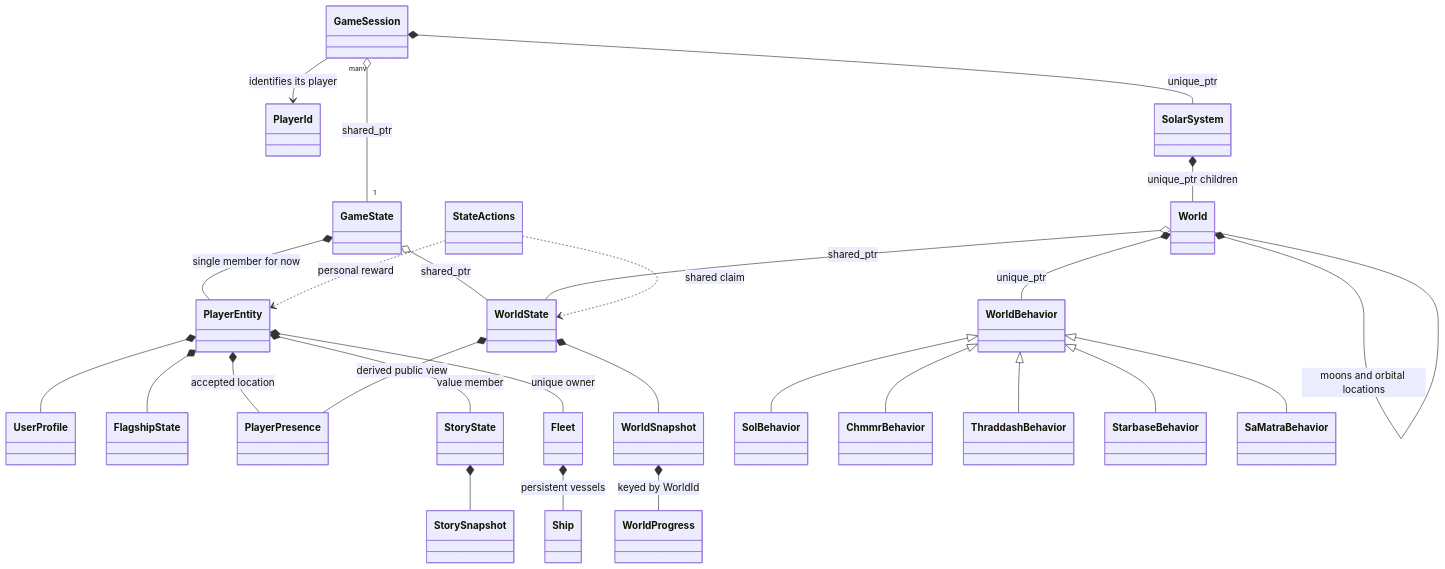
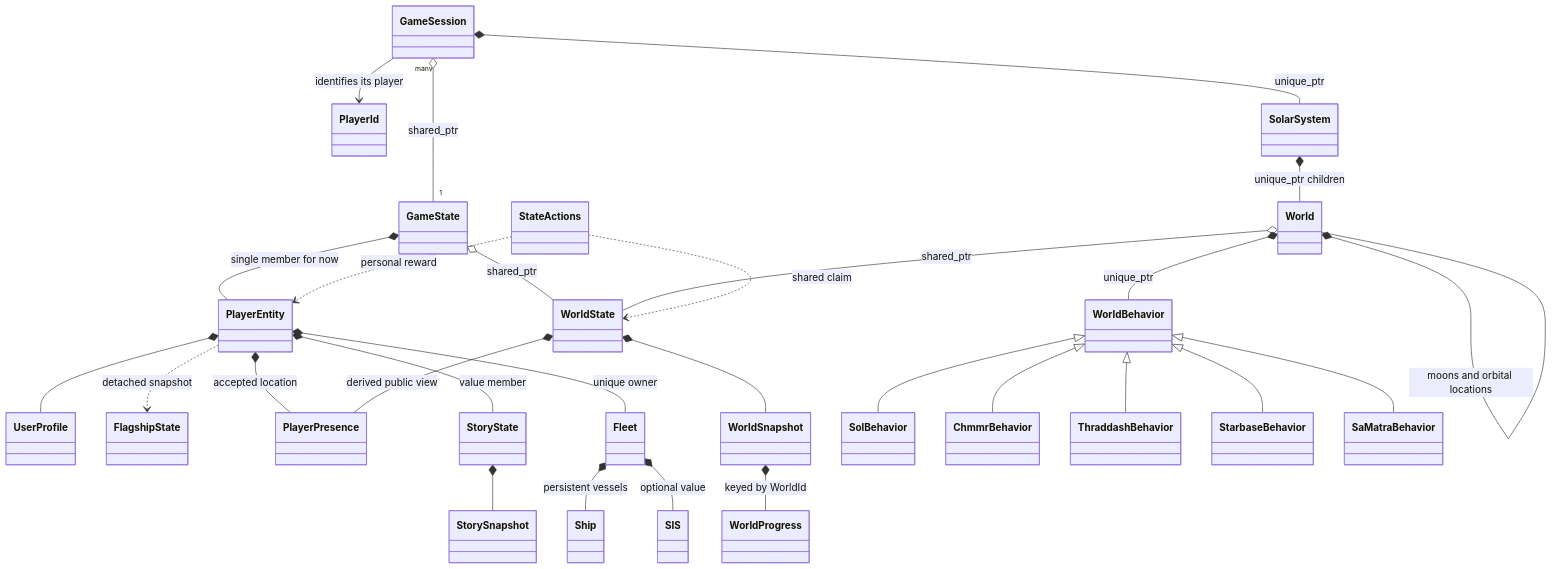
Before and after one commit to yost-jacob/uqm-cpp17: the diagram in docs/design/solar-system/README.md, drawn with Mermaid. The commit also changed 36 other files, not shown here.

Commit message:
Own optional SIS in Fleet and configure native projectile factories from its loadout

````diff
--- a/docs/design/solar-system/README.md
+++ b/docs/design/solar-system/README.md
@@ -44,29 +44,30 @@
 ```mermaid
 classDiagram
     GameSession "many" o-- "1" GameState : shared_ptr
     GameSession --> PlayerId : identifies its player
     GameState *-- PlayerEntity : single member for now
     GameState o-- WorldState : shared_ptr
     PlayerEntity *-- UserProfile
-    PlayerEntity *-- FlagshipState
+    PlayerEntity ..> FlagshipState : detached snapshot
     PlayerEntity *-- PlayerPresence : accepted location
     PlayerEntity *-- StoryState : value member
     PlayerEntity *-- Fleet : unique owner
     Fleet *-- Ship : persistent vessels
+    Fleet *-- SIS : optional value
     StoryState *-- StorySnapshot
     WorldState *-- WorldSnapshot
     WorldSnapshot *-- WorldProgress : keyed by WorldId
     WorldState *-- PlayerPresence : derived public view
     World o-- WorldState : shared_ptr
     GameSession *-- SolarSystem : unique_ptr
     SolarSystem *-- World : unique_ptr children
     World *-- World : moons and orbital locations
     World *-- WorldBehavior : unique_ptr
     StateActions ..> PlayerEntity : personal reward
     StateActions ..> WorldState : shared claim
     WorldBehavior <|-- SolBehavior
     WorldBehavior <|-- ChmmrBehavior
     WorldBehavior <|-- ThraddashBehavior
     WorldBehavior <|-- StarbaseBehavior
     WorldBehavior <|-- SaMatraBehavior
 ```
````
